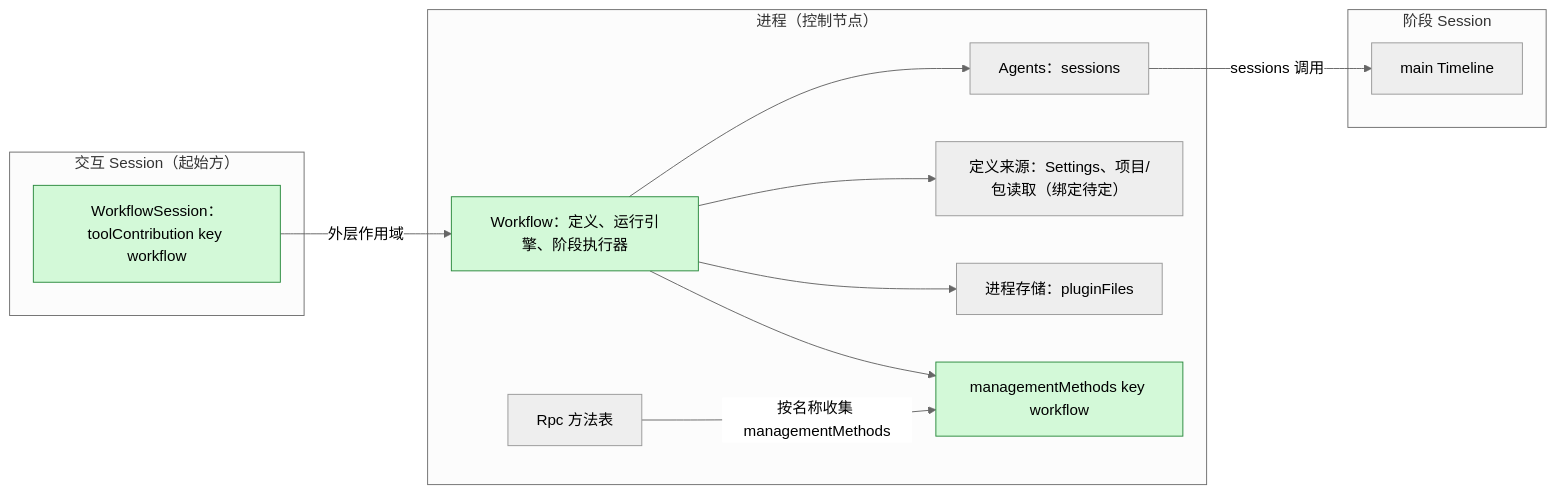
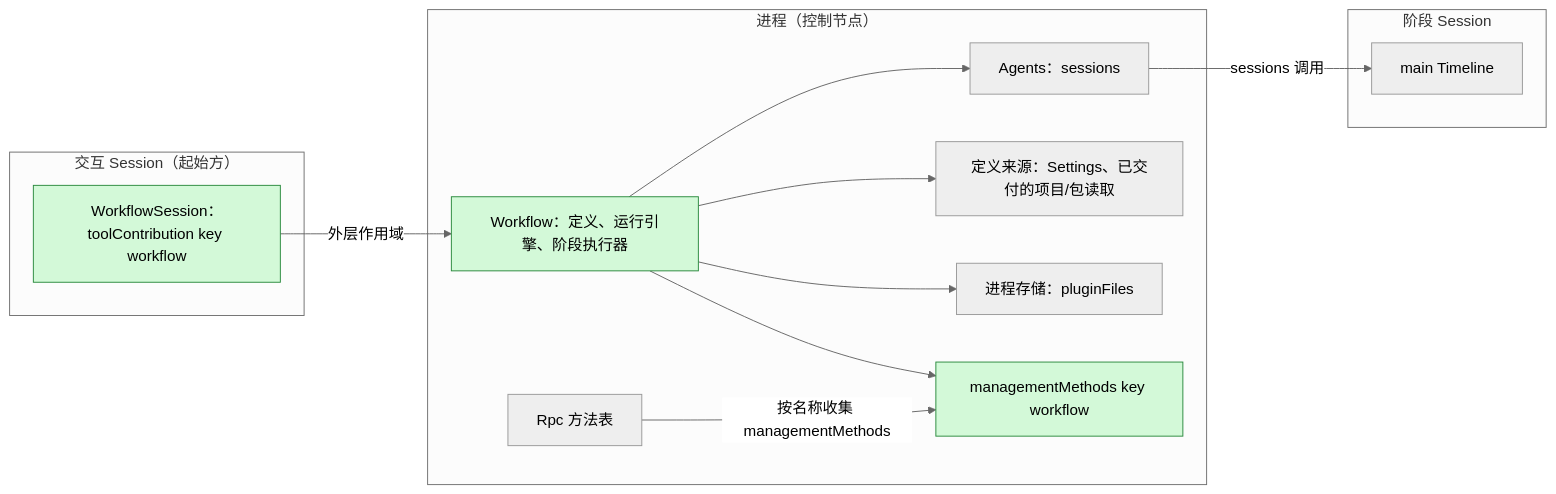
One commit to CoutinhoTTS/dim-agent changed the first of 6 diagrams in docs/zh/design/plugins/Workflow.md. Above: the diagram before and after it, drawn with Mermaid (neutral theme). The commit also changed other lines of this file and 10 other files, not shown here.

````diff
--- a/docs/zh/design/plugins/Workflow.md
+++ b/docs/zh/design/plugins/Workflow.md
@@ -13,26 +13,26 @@
 ```mermaid
 flowchart LR
   subgraph PROC["进程（控制节点）"]
     WF["Workflow：定义、运行引擎、阶段执行器"]
     MM["managementMethods key workflow"]
     Agents["Agents：sessions"]
-    Set["定义来源：Settings、项目/包读取（绑定待定）"]
+    Set["定义来源：Settings、已交付的项目/包读取"]
     Store["进程存储：pluginFiles"]
     Rpc["Rpc 方法表"]
   end
   subgraph SESS["交互 Session（起始方）"]
     Tool["WorkflowSession：toolContribution key workflow"]
   end
   subgraph STG["阶段 Session"]
     TL["main Timeline"]
   end
   Tool -->|"外层作用域"| WF
   WF --> Agents
   WF --> Set
   WF --> Store
   WF --> MM
   Rpc -->|"按名称收集 managementMethods"| MM
   Agents -->|"sessions 调用"| TL
   classDef new fill:#d3f9d8,stroke:#2b8a3e,color:#000
   class WF,MM,Tool new
 ```
````
